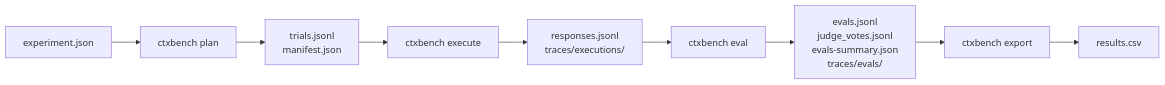
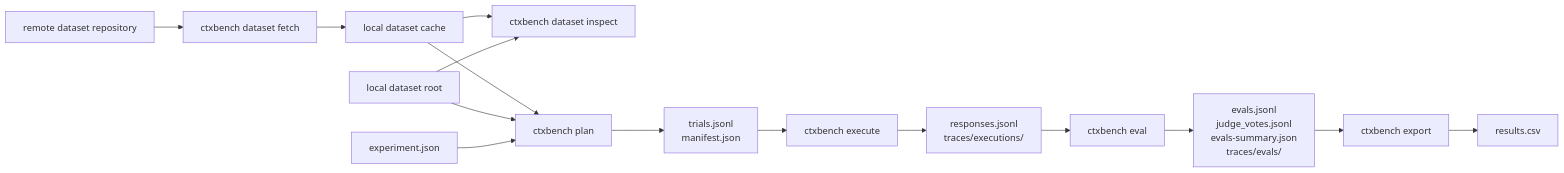
Before and after one commit to ctxbench/ctxbench-cli: the diagram in docs/architecture/workflow.md, drawn with Mermaid. The commit also changed other lines of this file and 11 other files, not shown here.

````diff
--- a/docs/architecture/workflow.md
+++ b/docs/architecture/workflow.md
@@ -8,11 +13,17 @@
 ```mermaid
 flowchart LR
-    A["experiment.json"] --> B["ctxbench plan"]
-    B --> C["trials.jsonl<br/>manifest.json"]
-    C --> D["ctxbench execute"]
-    D --> E["responses.jsonl<br/>traces/executions/"]
-    E --> F["ctxbench eval"]
-    F --> G["evals.jsonl<br/>judge_votes.jsonl<br/>evals-summary.json<br/>traces/evals/"]
-    G --> H["ctxbench export"]
-    H --> I["results.csv"]
+    A["remote dataset repository"] --> B["ctxbench dataset fetch"]
+    B --> C["local dataset cache"]
+    C --> D["ctxbench dataset inspect"]
+    E["local dataset root"] --> D
+    C --> F["ctxbench plan"]
+    E --> F
+    G["experiment.json"] --> F
+    F --> H["trials.jsonl<br/>manifest.json"]
+    H --> I["ctxbench execute"]
+    I --> J["responses.jsonl<br/>traces/executions/"]
+    J --> K["ctxbench eval"]
+    K --> L["evals.jsonl<br/>judge_votes.jsonl<br/>evals-summary.json<br/>traces/evals/"]
+    L --> M["ctxbench export"]
+    M --> N["results.csv"]
 ```
````
